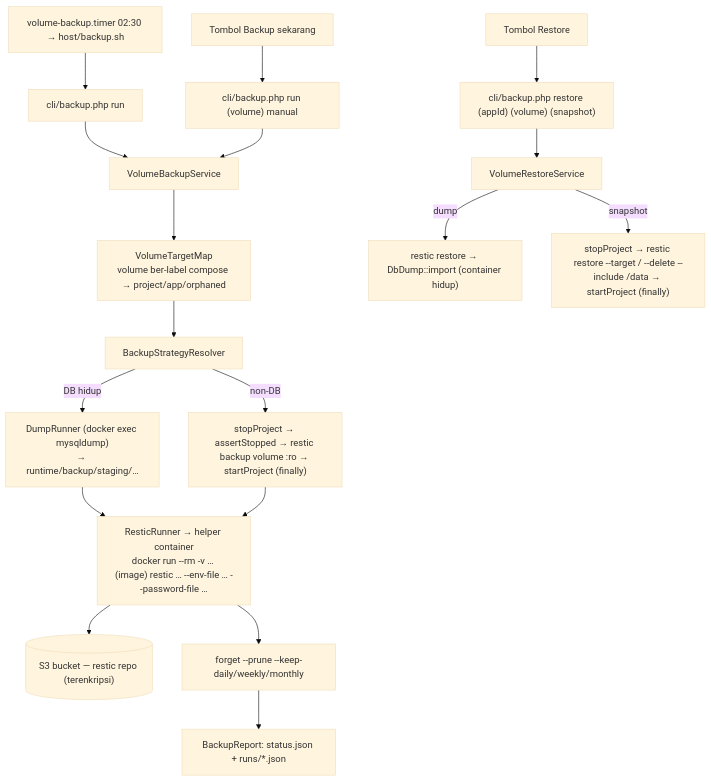
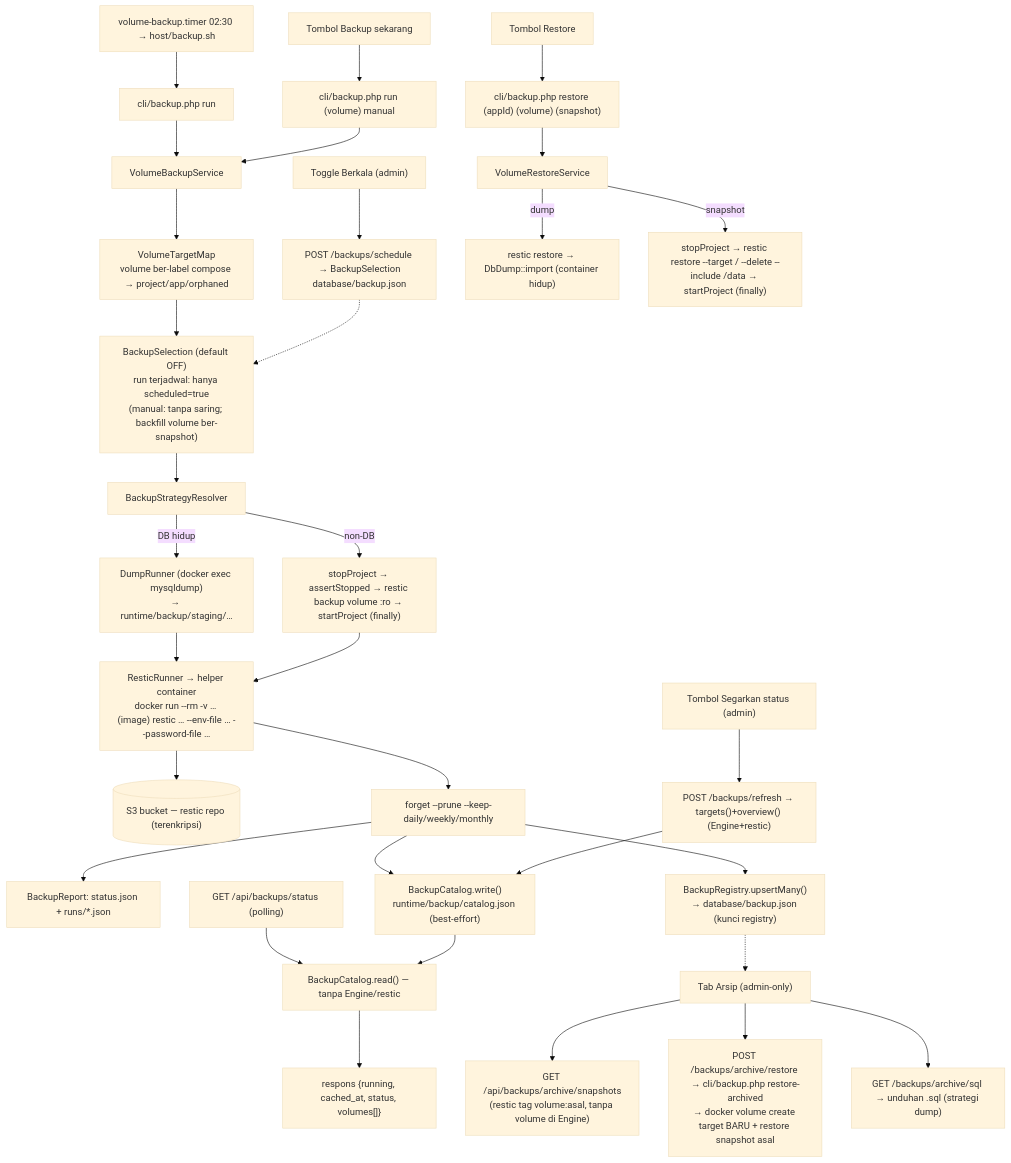
One commit to yllumi/rames changed the fifth of 5 diagrams in ARCHITECTURE.md. Above: the diagram before and after it, drawn with Mermaid (base theme). The commit also changed other lines of this file and 57 other files, not shown here.

````diff
--- a/ARCHITECTURE.md
+++ b/ARCHITECTURE.md
@@ -497,20 +529,34 @@
 ```mermaid
 flowchart TD
     T["volume-backup.timer 02:30 → host/backup.sh"] --> CLI["cli/backup.php run"]
     U[Tombol Backup sekarang] --> CLI2["cli/backup.php run (volume) manual"]
     R2[Tombol Restore] --> CLI3["cli/backup.php restore (appId) (volume) (snapshot)"]
     CLI --> SVC[VolumeBackupService]
     CLI2 --> SVC
     SVC --> TGT["VolumeTargetMap<br/>volume ber-label compose → project/app/orphaned"]
-    TGT --> RES[BackupStrategyResolver]
+    TGT --> SELF["BackupSelection (default OFF)<br/>run terjadwal: hanya scheduled=true<br/>(manual: tanpa saring; backfill volume ber-snapshot)"]
+    SELF --> RES[BackupStrategyResolver]
     RES -- "DB hidup" --> DUMP["DumpRunner (docker exec mysqldump)<br/>→ runtime/backup/staging/…"]
     RES -- "non-DB" --> SNAP["stopProject → assertStopped → restic backup volume :ro → startProject (finally)"]
     DUMP --> REST["ResticRunner → helper container<br/>docker run --rm -v … (image) restic … --env-file … --password-file …"]
     SNAP --> REST
     REST --> S3[("S3 bucket — restic repo (terenkripsi)")]
     REST --> FORGET["forget --prune --keep-daily/weekly/monthly"]
     FORGET --> REP["BackupReport: status.json + runs/*.json"]
+    FORGET --> CATW["BackupCatalog.write()<br/>runtime/backup/catalog.json (best-effort)"]
+    RF["Tombol Segarkan status (admin)"] --> REF["POST /backups/refresh → targets()+overview() (Engine+restic)"]
+    REF --> CATW
+    ST["GET /api/backups/status (polling)"] --> CAT["BackupCatalog.read() — tanpa Engine/restic"]
+    CATW --> CAT
+    CAT --> RESP["respons {running, cached_at, status, volumes[]}"]
+    SCH["Toggle Berkala (admin)"] --> SELW["POST /backups/schedule → BackupSelection<br/>database/backup.json"]
+    SELW -.-> SELF
     CLI3 --> RSVC[VolumeRestoreService]
     RSVC -- dump --> IMP["restic restore → DbDump::import (container hidup)"]
     RSVC -- snapshot --> RS["stopProject → restic restore --target / --delete --include /data → startProject (finally)"]
+    FORGET --> REGW["BackupRegistry.upsertMany()<br/>→ database/backup.json (kunci registry)"]
+    AR["Tab Arsip (admin-only)"] --> ASN["GET /api/backups/archive/snapshots<br/>(restic tag volume:asal, tanpa volume di Engine)"]
+    AR --> ACR["POST /backups/archive/restore → cli/backup.php restore-archived<br/>→ docker volume create target BARU + restore snapshot asal"]
+    AR --> AQL["GET /backups/archive/sql → unduhan .sql (strategi dump)"]
+    REGW -.-> AR
 ```
````
